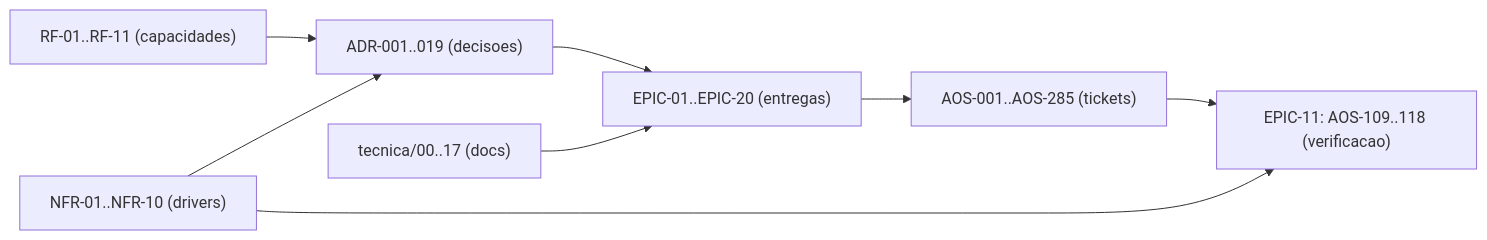
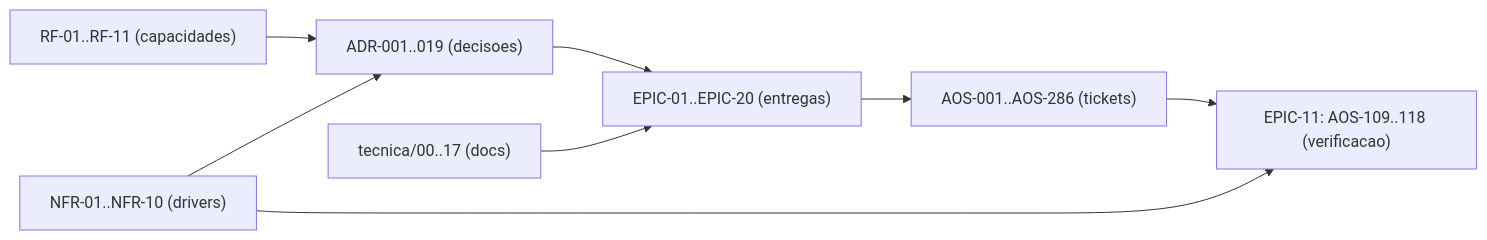
One commit to albinoJimy/aos changed the diagram in tecnica/16_Rastreabilidade_RTM.md. Above: the diagram before and after it, drawn with Mermaid. The commit also changed other lines of this file and 4 other files, not shown here.

````diff
--- a/tecnica/16_Rastreabilidade_RTM.md
+++ b/tecnica/16_Rastreabilidade_RTM.md
@@ -172,10 +172,10 @@
 ```mermaid
 flowchart LR
     RF["RF-01..RF-11 (capacidades)"] --> ADR["ADR-001..019 (decisoes)"]
     NFR["NFR-01..NFR-10 (drivers)"] --> ADR
     ADR --> EPIC["EPIC-01..EPIC-20 (entregas)"]
-    EPIC --> TICK["AOS-001..AOS-285 (tickets)"]
+    EPIC --> TICK["AOS-001..AOS-286 (tickets)"]
     DOC["tecnica/00..17 (docs)"] --> EPIC
     TICK --> TEST["EPIC-11: AOS-109..118 (verificacao)"]
     NFR --> TEST
 ```
````
